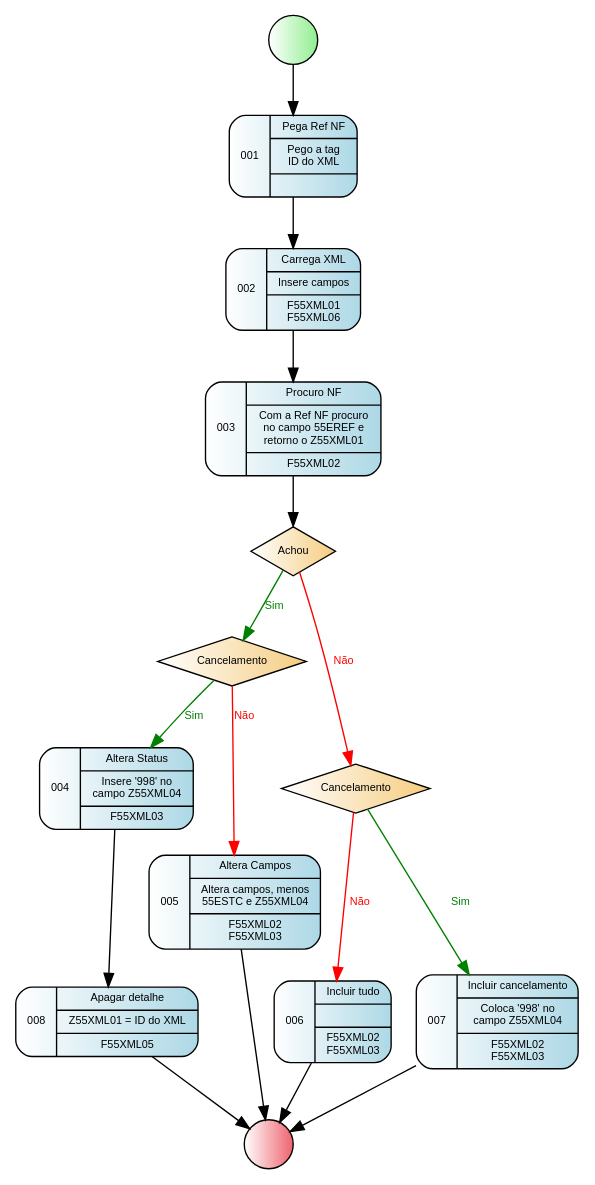
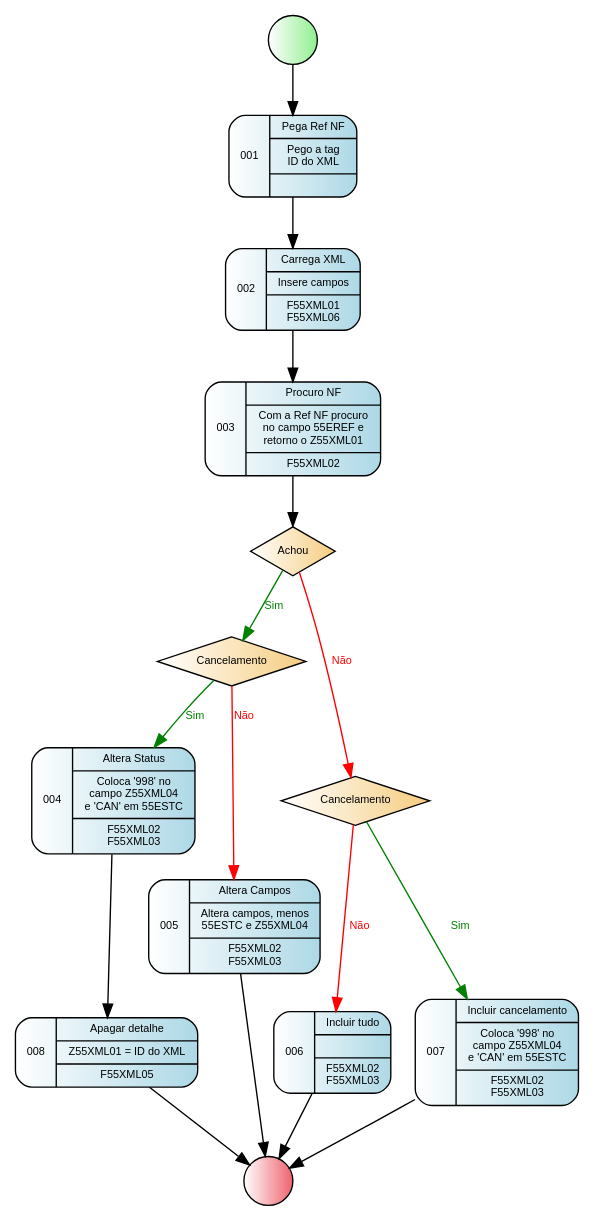
The diagram in XML Process.gv (GiovaniPM/Graphs), drawn with Graphviz before and after one commit.

Commit message:
giova(DESKTOP-PG18CKU) 200229085410

```diff
--- a/XML Process.gv
+++ b/XML Process.gv
@@ -1,117 +1,117 @@
 digraph R {
     nodeini [
                 shape=circle,
                 style="filled",
                 fillcolor="white:lightgreen",
                 label=""
             ]
     node001 [
                 fontname = "Arial",
                 fontsize = 8,
                 shape=record,
                 style="rounded,filled",
                 fillcolor="white:lightblue"
                 label="001|{Pega Ref NF|Pego a tag\n ID do XML|}"
             ]
     node002 [
                 fontname = "Arial",
                 fontsize = 8,
                 shape=record,
                 style="rounded,filled",
                 fillcolor="white:lightblue"
                 label="002|{Carrega XML|Insere campos|F55XML01\nF55XML06}"
             ]
     node003 [
                 fontname = "Arial",
                 fontsize = 8,
                 shape=record,
                 style="rounded,filled",
                 fillcolor="white:lightblue"
                 label="003|{Procuro NF|Com a Ref NF procuro\nno campo 55EREF e\nretorno o Z55XML01|F55XML02}"
             ]
     node004 [
                 fontname = "Arial",
                 fontsize = 8,
                 shape=record,
                 style="rounded,filled",
                 fillcolor="white:lightblue"
-                label="004|{Altera Status|Insere '998' no\ncampo Z55XML04|F55XML03}"
+                label="004|{Altera Status|Coloca '998' no\ncampo Z55XML04\ne 'CAN' em 55ESTC|F55XML02\nF55XML03}"
             ]
     node005 [
                 fontname = "Arial",
                 fontsize = 8,
                 shape=record,
                 style="rounded,filled",
                 fillcolor="white:lightblue"
                 label="005|{Altera Campos|Altera campos, menos\n55ESTC e Z55XML04|F55XML02\nF55XML03}"
             ]
     node006 [
                 fontname = "Arial",
                 fontsize = 8,
                 shape=record,
                 style="rounded,filled",
                 fillcolor="white:lightblue"
                 label="006|{Incluir tudo||F55XML02\nF55XML03}"
             ]
     node007 [
                 fontname = "Arial",
                 fontsize = 8,
                 shape=record,
                 style="rounded,filled",
                 fillcolor="white:lightblue"
-                label="007|{Incluir cancelamento|Coloca '998' no\ncampo Z55XML04|F55XML02\nF55XML03}"
+                label="007|{Incluir cancelamento|Coloca '998' no\ncampo Z55XML04\ne 'CAN' em 55ESTC|F55XML02\nF55XML03}"
             ]
     node008 [
                 fontname = "Arial",
                 fontsize = 8,
                 shape=record,
                 style="rounded,filled",
                 fillcolor="white:lightblue"
                 label="008|{Apagar detalhe|Z55XML01 = ID do XML|F55XML05}"
             ]
     node010 [
                 fontname = "Arial",
                 fontsize = 8,
                 fillcolor="white:#f5cc7f",
                 style="filled",
                 shape=diamond
                 label="Achou"
             ]
     node011 [
                 fontname = "Arial",
                 fontsize = 8,
                 fillcolor="white:#f5cc7f",
                 style="filled",
                 shape=diamond
                 label="Cancelamento"
             ]
     node012 [
                 fontname = "Arial",
                 fontsize = 8,
                 fillcolor="white:#f5cc7f",
                 style="filled",
                 shape=diamond
                 label="Cancelamento"
             ]
     nodefin [
                 shape=circle,
                 style="filled",
                 fillcolor="white:#ee636e",
                 label=""
             ]
     nodeini -> node001
     node001 -> node002
     node002 -> node003
     node003 -> node010
     node010 -> node011 [fontname = "Arial", fontsize = 8, fontcolor="green", color="green", label="Sim"]
     node010 -> node012 [fontname = "Arial", fontsize = 8, fontcolor="red", color="red", label="Não"]
     node011 -> node004 [fontname = "Arial", fontsize = 8, fontcolor="green", color="green", label="Sim"]
     node011 -> node005 [fontname = "Arial", fontsize = 8, fontcolor="red", color="red", label="Não"]
     node004 -> node008
     node012 -> node007 [fontname = "Arial", fontsize = 8, fontcolor="green", color="green", label="Sim"]
     node012 -> node006 [fontname = "Arial", fontsize = 8, fontcolor="red", color="red", label="Não"]
     node008 -> nodefin
     node006 -> nodefin
     node005 -> nodefin
     node007 -> nodefin
 }
```
